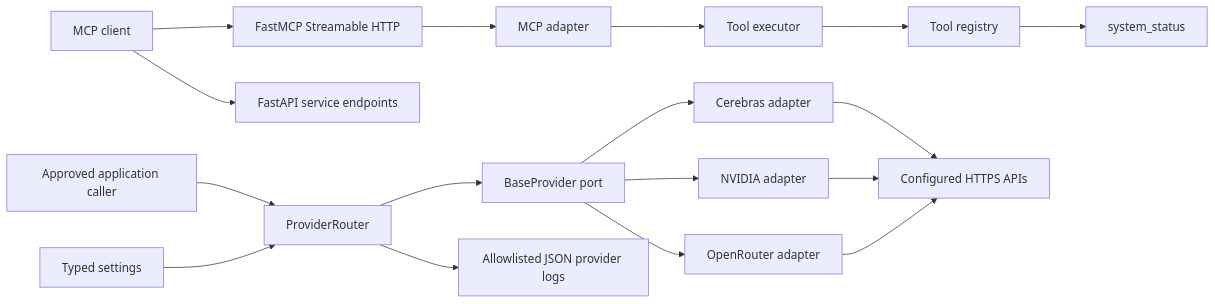
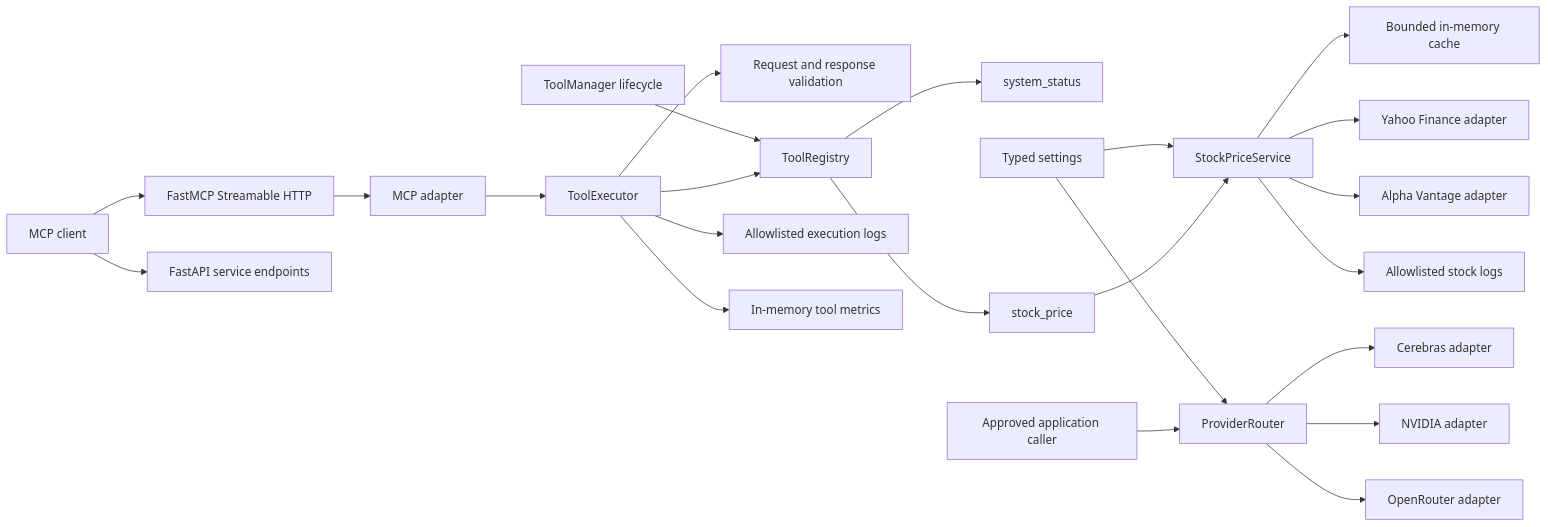
One commit to LeelaissakAttota/ToolBridge-MCP-Server changed the first of 3 diagrams in ARCHITECTURE.md. Above: the diagram before and after it, drawn with Mermaid. The commit also changed other lines of this file and 37 other files, not shown here.

Commit message:
feat(tools): complete Phase 4 stock price tool framework

````diff
--- a/ARCHITECTURE.md
+++ b/ARCHITECTURE.md
@@ -9,21 +9,28 @@
 ```mermaid
 flowchart LR
     Client["MCP client"] --> Transport["FastMCP Streamable HTTP"]
     Client --> API["FastAPI service endpoints"]
     Transport --> MCPAdapter["MCP adapter"]
-    MCPAdapter --> Executor["Tool executor"]
-    Executor --> Registry["Tool registry"]
-    Registry --> Diagnostic["system_status"]
+    MCPAdapter --> Executor["ToolExecutor"]
+    Executor --> Validators["Request and response validation"]
+    Executor --> Registry["ToolRegistry"]
+    Registry --> System["system_status"]
+    Registry --> Stock["stock_price"]
+
+    ToolManager["ToolManager lifecycle"] --> Registry
+    Stock --> StockService["StockPriceService"]
+    StockService --> Cache["Bounded in-memory cache"]
+    StockService --> Yahoo["Yahoo Finance adapter"]
+    StockService --> Alpha["Alpha Vantage adapter"]
 
     Caller["Approved application caller"] --> Router["ProviderRouter"]
-    Router --> Port["BaseProvider port"]
-    Port --> Cerebras["Cerebras adapter"]
-    Port --> Nvidia["NVIDIA adapter"]
-    Port --> OpenRouter["OpenRouter adapter"]
-    Cerebras --> HTTP["Configured HTTPS APIs"]
-    Nvidia --> HTTP
-    OpenRouter --> HTTP
+    Router --> Cerebras["Cerebras adapter"]
+    Router --> Nvidia["NVIDIA adapter"]
+    Router --> OpenRouter["OpenRouter adapter"]
 
-    Config["Typed settings"] --> Router
-    Router --> ProviderLogs["Allowlisted JSON provider logs"]
+    Executor --> ToolLogs["Allowlisted execution logs"]
+    Executor --> Metrics["In-memory tool metrics"]
+    StockService --> StockLogs["Allowlisted stock logs"]
+    Config["Typed settings"] --> StockService
+    Config --> Router
 ```
````
